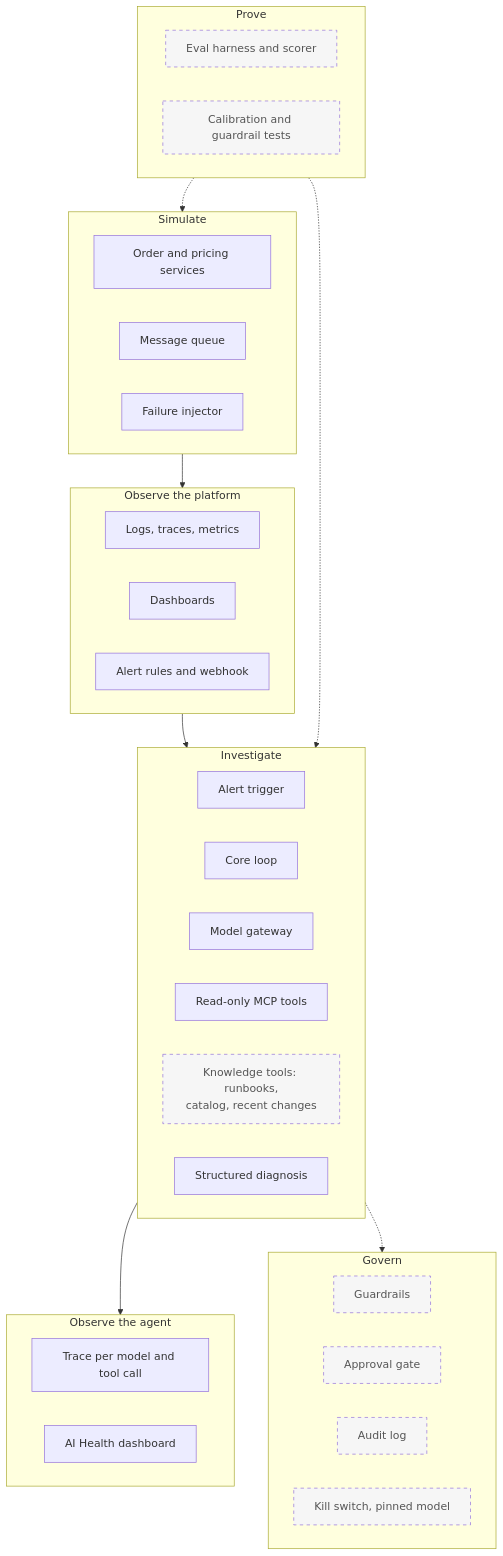
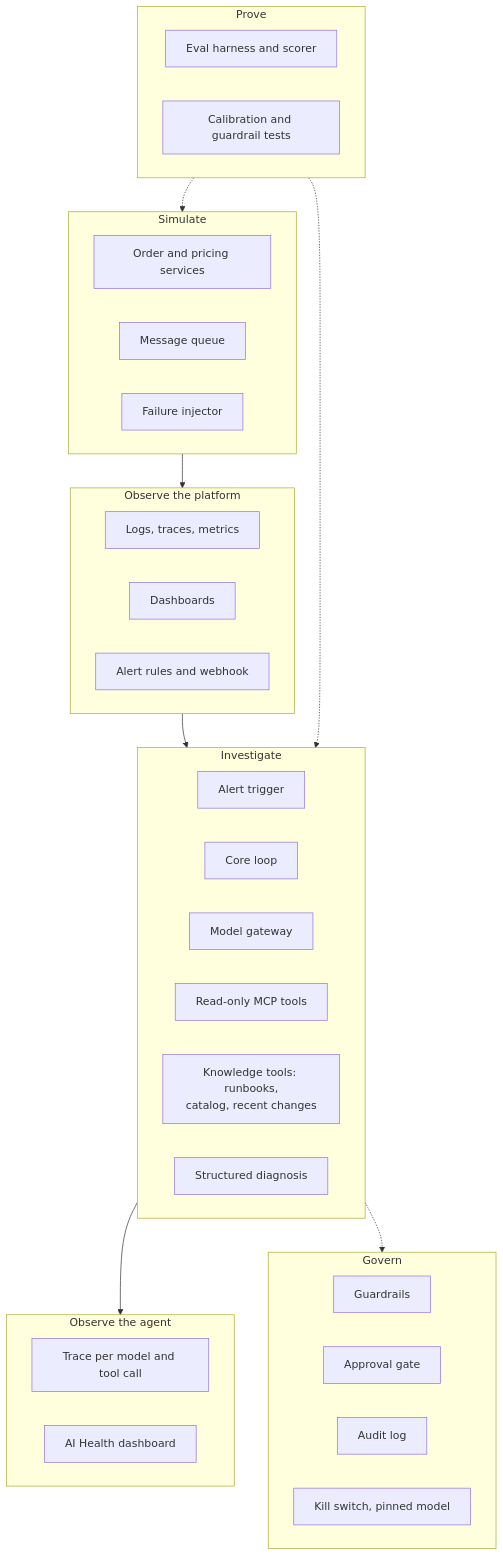
Before and after one commit to ankgupt9/agentic-incident-response: the third of 9 diagrams in docs/solution-design.md, drawn with Mermaid. The commit also changed other lines of this file and 23 other files, not shown here.

````diff
--- a/docs/solution-design.md
+++ b/docs/solution-design.md
@@ -189,43 +189,43 @@
 ```mermaid
 flowchart TB
     subgraph SIM["Simulate"]
         S1["Order and pricing services"]
         S2["Message queue"]
         S3["Failure injector"]
     end
     subgraph OBS["Observe the platform"]
         O1["Logs, traces, metrics"]
         O2["Dashboards"]
         O3["Alert rules and webhook"]
     end
     subgraph AGENT["Investigate"]
         G1["Alert trigger"]
         G2["Core loop"]
         G3["Model gateway"]
         G4["Read-only MCP tools"]
-        G6["Knowledge tools: runbooks,<br/>catalog, recent changes"]:::planned
+        G6["Knowledge tools: runbooks,<br/>catalog, recent changes"]
         G5["Structured diagnosis"]
     end
     subgraph GOVERN["Govern"]
-        V1["Guardrails"]:::planned
-        V2["Approval gate"]:::planned
-        V3["Audit log"]:::planned
-        V4["Kill switch, pinned model"]:::planned
+        V1["Guardrails"]
+        V2["Approval gate"]
+        V3["Audit log"]
+        V4["Kill switch, pinned model"]
     end
     subgraph WATCH["Observe the agent"]
         W1["Trace per model and tool call"]
         W2["AI Health dashboard"]
     end
     subgraph PROVE["Prove"]
-        E1["Eval harness and scorer"]:::planned
-        E2["Calibration and guardrail tests"]:::planned
+        E1["Eval harness and scorer"]
+        E2["Calibration and guardrail tests"]
     end
 
     SIM --> OBS --> AGENT
     AGENT --> WATCH
     AGENT -.-> GOVERN
     PROVE -.-> SIM
     PROVE -.-> AGENT
 
     classDef planned stroke-dasharray: 5 5,fill:#f6f6f6,color:#555;
 ```
````
